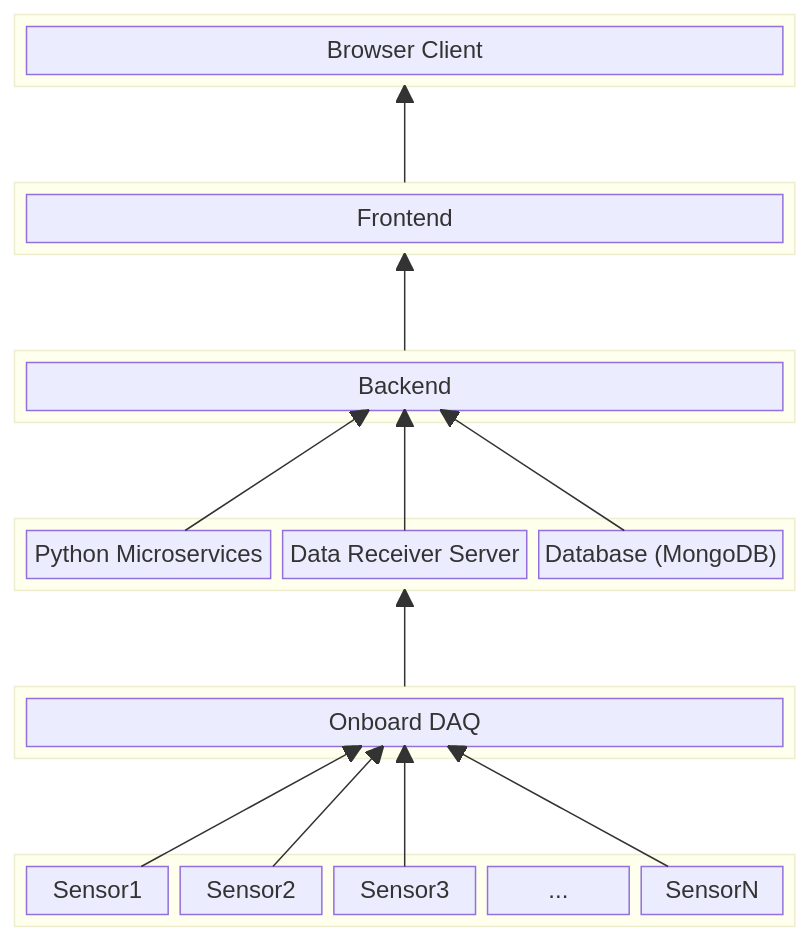
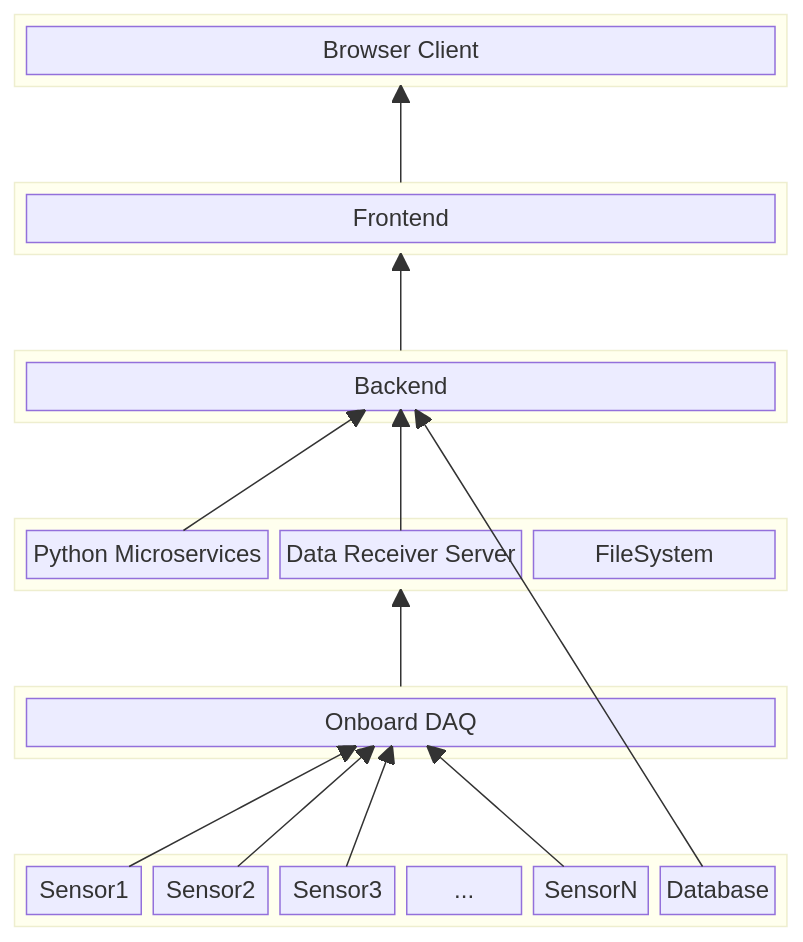
Before and after one commit to Georgia-Tech-Off-Road/DAQAnalyticsWebsiteMK2: the diagram in Design Documents/diagrams/tech-stack.mmd, drawn with Mermaid. The commit also changed 5 other files, not shown here.

```diff
--- a/Design Documents/diagrams/tech-stack.mmd
+++ b/Design Documents/diagrams/tech-stack.mmd
@@ -1,51 +1,51 @@
 block-beta
 columns 1
     block:L0
         Client["Browser Client"]
     end
     space
 
     block:L1
         Frontend
     end
     space
 
     block:L2
         Backend
     end
     space
 
     block:L3
         Microservices["Python Microservices"]
         DataReceiver["Data Receiver Server"]
-        Database["Database (MongoDB)"]
+        FileSystem["FileSystem"]
     end
     space
 
     block:L4
         DAQ["Onboard DAQ"]
     end
     space
 
     block:L5
         Sensor1
         Sensor2
         Sensor3
         ...
         SensorN
 
 Sensor1 --> DAQ
 Sensor2 --> DAQ
 Sensor3 --> DAQ
 SensorN --> DAQ
 
 L4 --> L3
 
 Microservices --> Backend
 DataReceiver --> Backend
 Database --> Backend
 
 
 L2 --> L1
 L1 --> L0
 end
```
